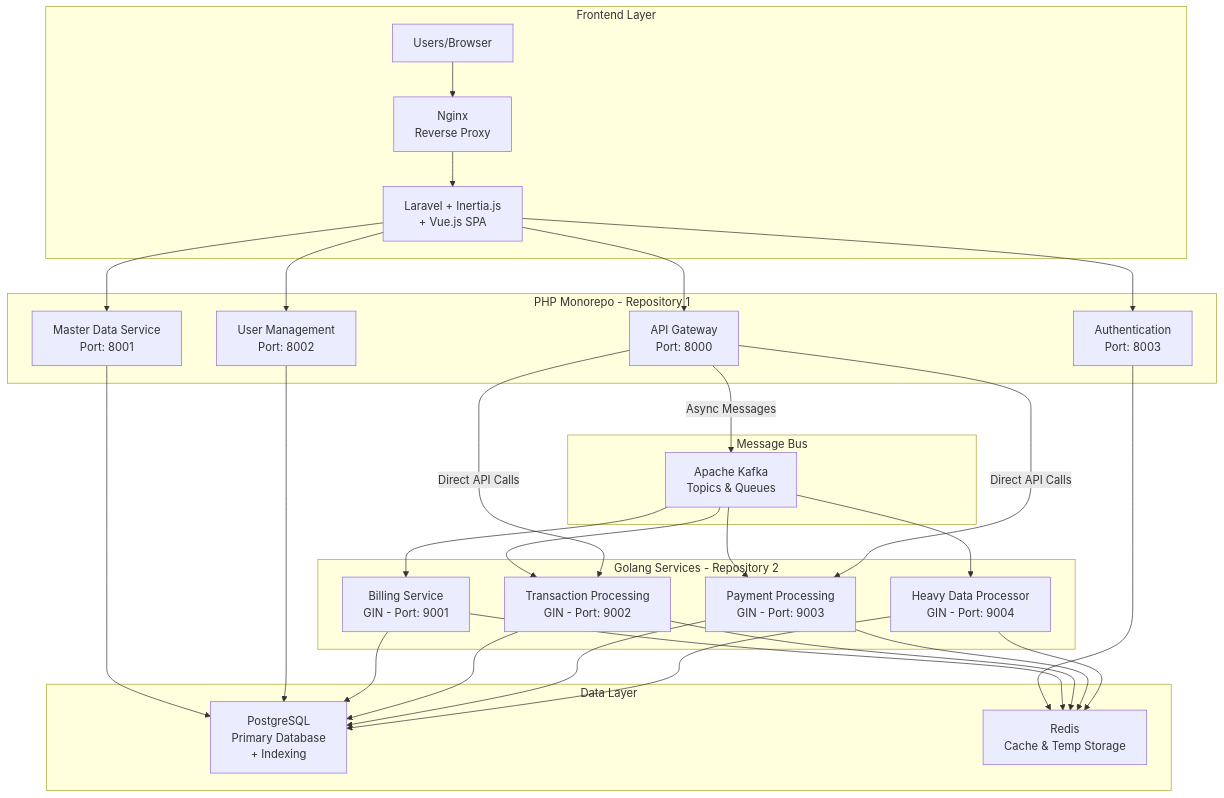
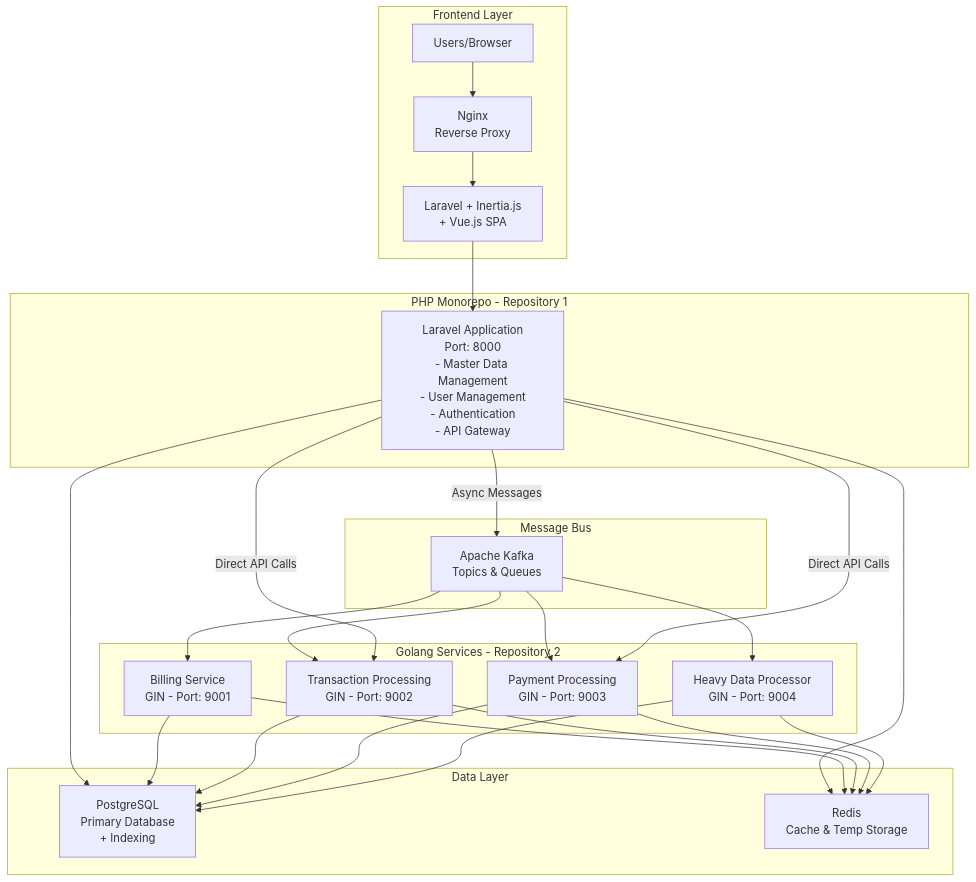
The second of 5 diagrams in hybrid-php-golang-project-documentation.md (jaroteko18/labs), drawn with Mermaid before and after one commit.

Commit message:
Refactor architecture diagram in hybrid-php-golang-project documentation. Updated service labels and adjusted connections for improved clarity and accuracy.

````diff
--- a/hybrid-php-golang-project-documentation.md
+++ b/hybrid-php-golang-project-documentation.md
@@ -69,53 +69,49 @@
 ```mermaid
 graph TB
     subgraph "Frontend Layer"
         A[Users/Browser] --> B[Nginx<br/>Reverse Proxy]
         B --> C[Laravel + Inertia.js<br/>+ Vue.js SPA]
     end
     
     subgraph "PHP Monorepo - Repository 1"
-        C --> D[Master Data Service<br/>Port: 8001]
-        C --> E[User Management<br/>Port: 8002]
-        C --> F[Authentication<br/>Port: 8003]
-        C --> G[API Gateway<br/>Port: 8000]
+        C --> D[Laravel Application<br/>Port: 8000<br/>- Master Data Management<br/>- User Management<br/>- Authentication<br/>- API Gateway]
     end
     
     subgraph "Message Bus"
-        H[Apache Kafka<br/>Topics & Queues]
+        E[Apache Kafka<br/>Topics & Queues]
     end
     
     subgraph "Golang Services - Repository 2"
-        I[Billing Service<br/>GIN - Port: 9001]
-        J[Transaction Processing<br/>GIN - Port: 9002]
-        K[Payment Processing<br/>GIN - Port: 9003]
-        L[Heavy Data Processor<br/>GIN - Port: 9004]
+        F[Billing Service<br/>GIN - Port: 9001]
+        G[Transaction Processing<br/>GIN - Port: 9002]
+        H[Payment Processing<br/>GIN - Port: 9003]
+        I[Heavy Data Processor<br/>GIN - Port: 9004]
     end
     
     subgraph "Data Layer"
-        M[PostgreSQL<br/>Primary Database<br/>+ Indexing]
-        N[Redis<br/>Cache & Temp Storage]
+        J[PostgreSQL<br/>Primary Database<br/>+ Indexing]
+        K[Redis<br/>Cache & Temp Storage]
     end
     
-    G -->|Async Messages| H
-    H --> I
+    D -->|Async Messages| E
+    E --> F
+    E --> G
+    E --> H
+    E --> I
+    
+    D -->|Direct API Calls| G
+    D -->|Direct API Calls| H
+    
+    D --> J
+    D --> K
+    
+    F --> J
+    G --> J
     H --> J
+    I --> J
+    
+    F --> K
+    G --> K
     H --> K
-    H --> L
-    
-    G -->|Direct API Calls| J
-    G -->|Direct API Calls| K
-    
-    D --> M
-    E --> M
-    F --> N
-    
-    I --> M
-    J --> M
-    K --> M
-    L --> M
-    
-    I --> N
-    J --> N
-    K --> N
-    L --> N
+    I --> K
 ```
````
